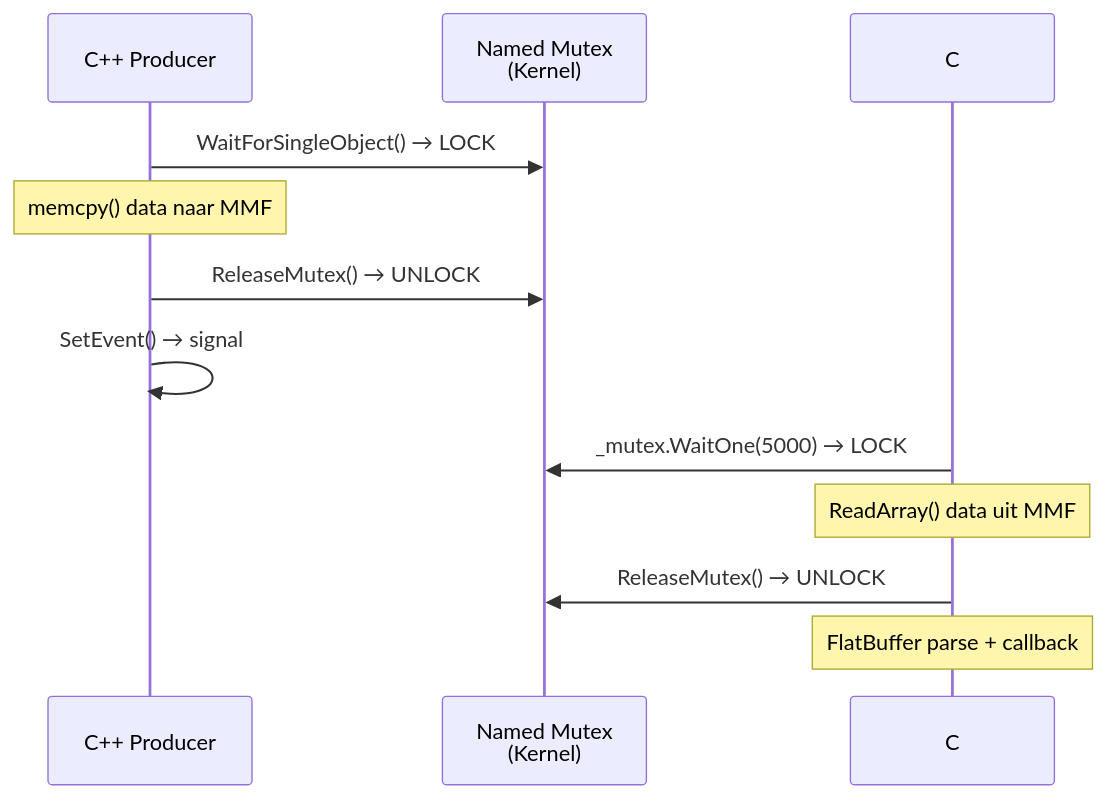
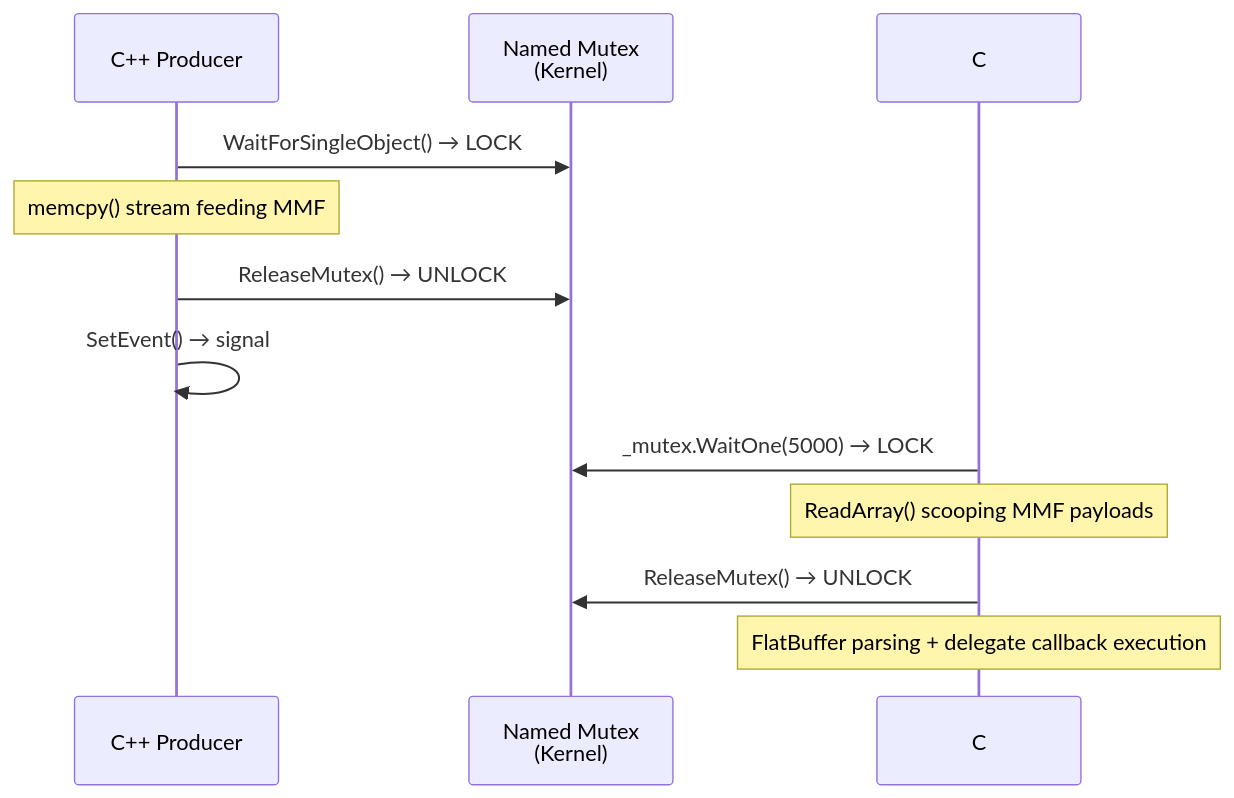
The fifth of 23 diagrams in SharedValueV3_MemMap/ARCHITECTURE.md (snodeplannen/sharedvar), drawn with Mermaid before and after one commit. The commit also changed other lines of this file and 90 other files, not shown here.

````diff
--- a/SharedValueV3_MemMap/ARCHITECTURE.md
+++ b/SharedValueV3_MemMap/ARCHITECTURE.md
@@ -204,16 +204,16 @@
 ```mermaid
 sequenceDiagram
     participant P as C++ Producer
     participant M as Named Mutex<br/>(Kernel)
     participant C as C# Consumer
 
     P->>M: WaitForSingleObject() → LOCK
-    Note over P: memcpy() data naar MMF
+    Note over P: memcpy() stream feeding MMF
     P->>M: ReleaseMutex() → UNLOCK
     P->>P: SetEvent() → signal
 
     C->>M: _mutex.WaitOne(5000) → LOCK
-    Note over C: ReadArray() data uit MMF
+    Note over C: ReadArray() scooping MMF payloads
     C->>M: ReleaseMutex() → UNLOCK
-    Note over C: FlatBuffer parse + callback
+    Note over C: FlatBuffer parsing + delegate callback execution
 ```
````
